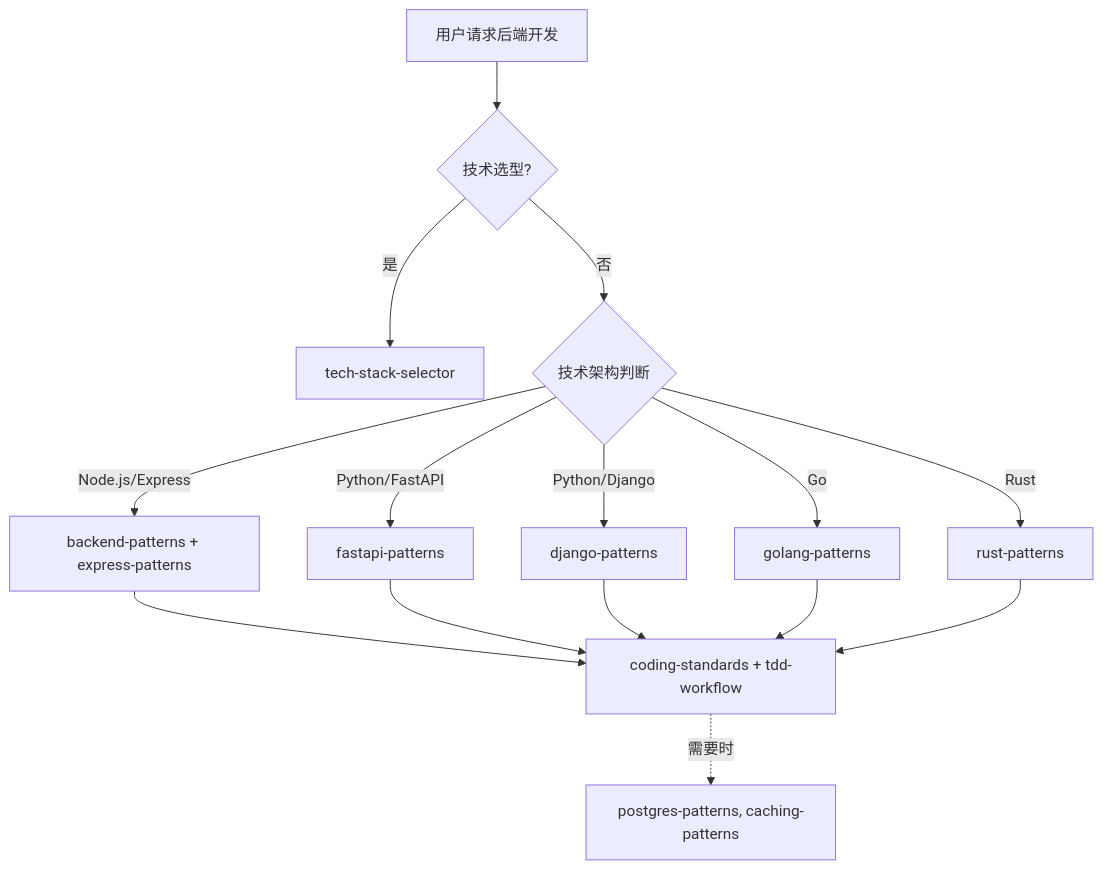
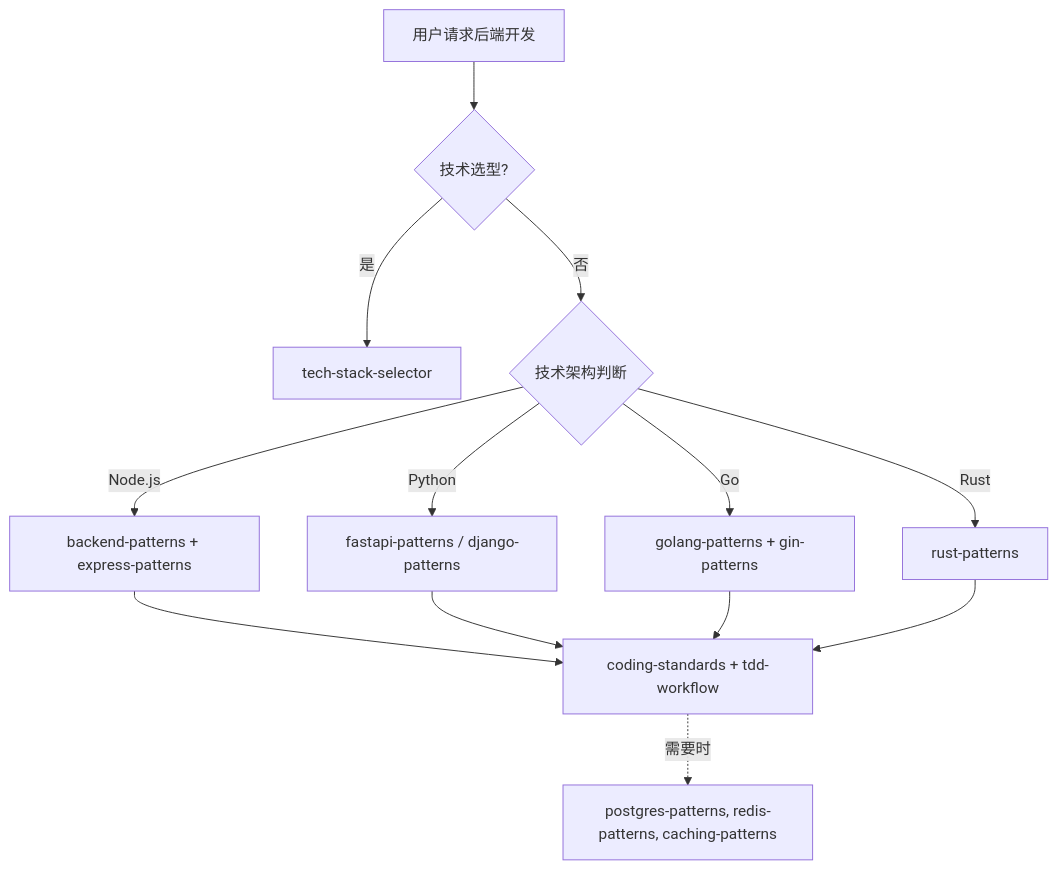
The diagram in agents/backend-team.md (Tooooommy/Trae-Workflow), drawn with Mermaid before and after one commit. The commit also changed other lines of this file and 11 other files, not shown here.

````diff
--- a/agents/backend-team.md
+++ b/agents/backend-team.md
@@ -31,18 +31,16 @@
 ```mermaid
 flowchart TD
     A[用户请求后端开发] --> B{技术选型?}
     B -->|是| C[tech-stack-selector]
     B -->|否| D{技术架构判断}
-    D -->|Node.js/Express| E[backend-patterns + express-patterns]
-    D -->|Python/FastAPI| F[fastapi-patterns]
-    D -->|Python/Django| G[django-patterns]
-    D -->|Go| H[golang-patterns]
-    D -->|Rust| I[rust-patterns]
+    D -->|Node.js| E[backend-patterns + express-patterns]
+    D -->|Python| F[fastapi-patterns / django-patterns]
+    D -->|Go| G[golang-patterns + gin-patterns]
+    D -->|Rust| H[rust-patterns]
 
-    E --> J[coding-standards + tdd-workflow]
-    F --> J
-    G --> J
-    H --> J
-    I --> J
-    J -.->|需要时| K[postgres-patterns, caching-patterns]
+    E --> I[coding-standards + tdd-workflow]
+    F --> I
+    G --> I
+    H --> I
+    I -.->|需要时| J[postgres-patterns, redis-patterns, caching-patterns]
 ```
````
